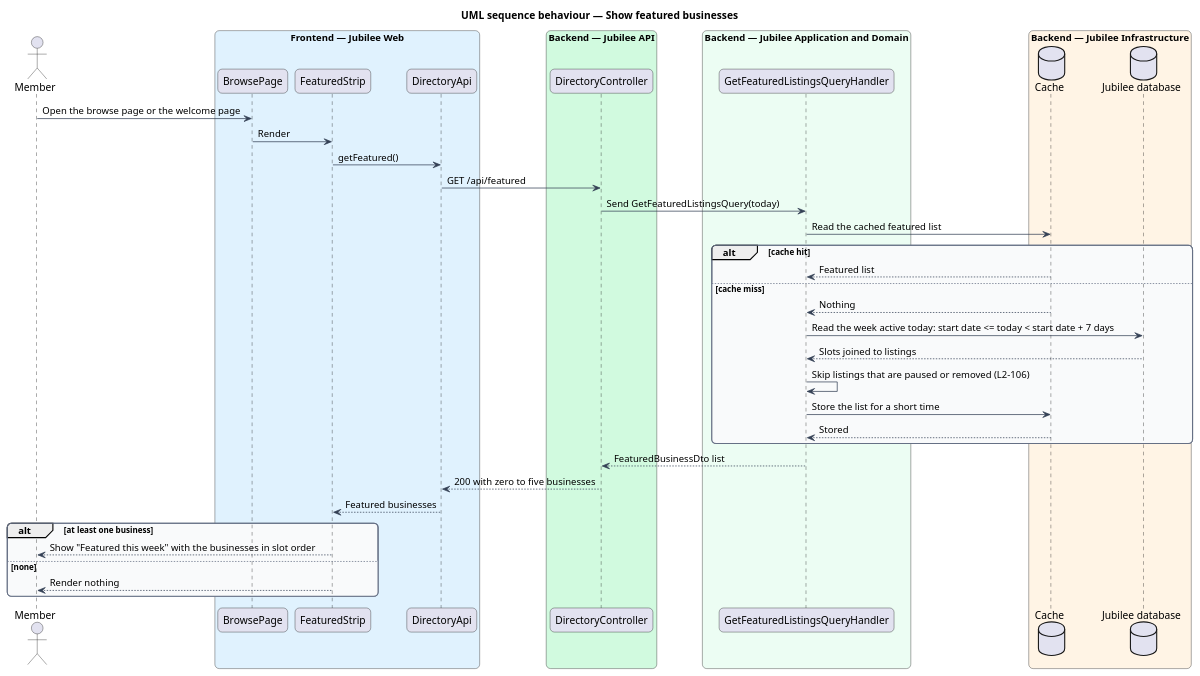
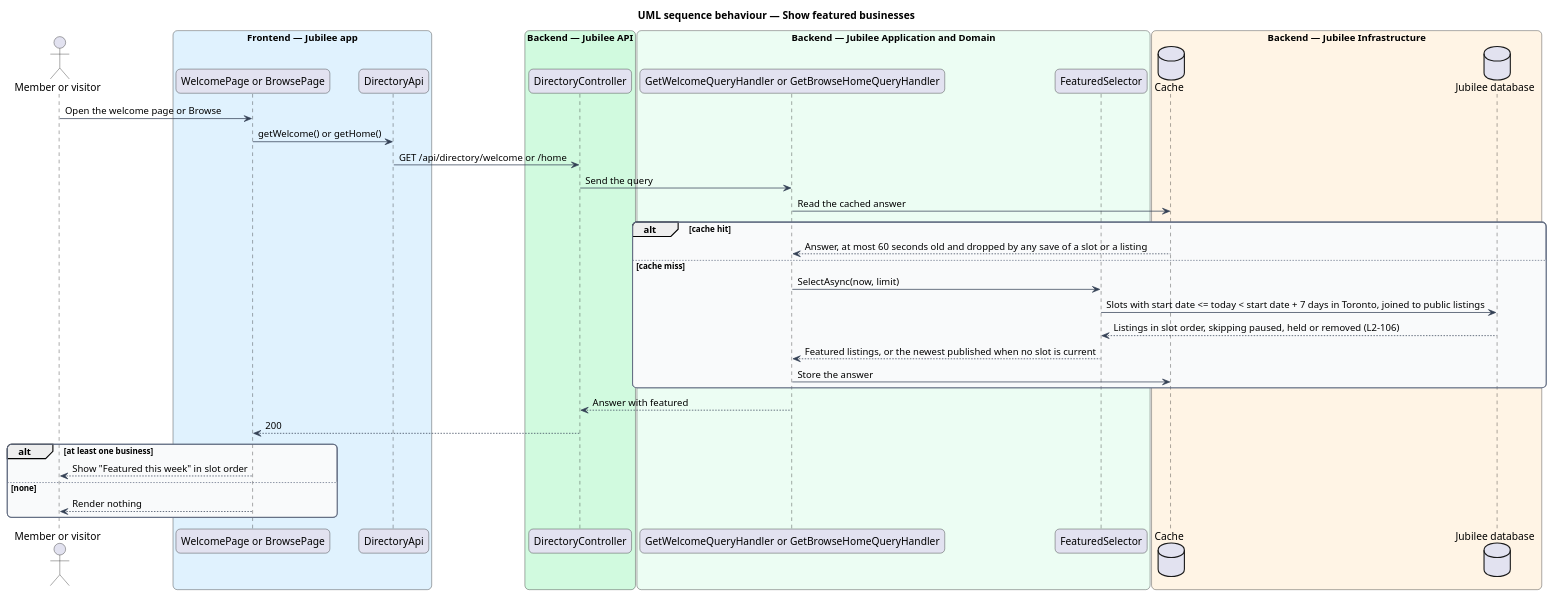
One commit to QuinntyneBrown/jubilee changed the diagram in docs/detailed-designs/moderation/feature-businesses/diagrams/sequence-show-featured.puml. Above: the diagram before and after it, drawn with PlantUML. The commit also changed 27 other files, not shown here.

```diff
--- a/docs/detailed-designs/moderation/feature-businesses/diagrams/sequence-show-featured.puml
+++ b/docs/detailed-designs/moderation/feature-businesses/diagrams/sequence-show-featured.puml
@@ -1,57 +1,54 @@
 @startuml
 title UML sequence behaviour — Show featured businesses
 skinparam backgroundColor #FFFFFF
 skinparam shadowing false
 skinparam roundcorner 12
 skinparam defaultFontName Arial
 skinparam ArrowColor #344054
 skinparam rectangle {
   BorderColor #344054
   FontColor #101828
 }
 skinparam package {
   BorderColor #667085
   FontColor #101828
   BackgroundColor #F9FAFB
 }
-actor "Member" as actor
-box "Frontend — Jubilee Web" #E0F2FE
-  participant "BrowsePage" as page
-  participant "FeaturedStrip" as strip
+actor "Member or visitor" as actor
+box "Frontend — Jubilee app" #E0F2FE
+  participant "WelcomePage or BrowsePage" as page
   participant "DirectoryApi" as client
 end box
 box "Backend — Jubilee API" #D1FADF
   participant "DirectoryController" as controller
 end box
 box "Backend — Jubilee Application and Domain" #ECFDF3
-  participant "GetFeaturedListingsQueryHandler" as handler
+  participant "GetWelcomeQueryHandler or GetBrowseHomeQueryHandler" as handler
+  participant "FeaturedSelector" as sel
 end box
 box "Backend — Jubilee Infrastructure" #FFF4E5
   database "Cache" as cache
   database "Jubilee database" as db
 end box
-actor -> page : Open the browse page or the welcome page
-page -> strip : Render
-strip -> client : getFeatured()
-client -> controller : GET /api/featured
-controller -> handler : Send GetFeaturedListingsQuery(today)
-handler -> cache : Read the cached featured list
+actor -> page : Open the welcome page or Browse
+page -> client : getWelcome() or getHome()
+client -> controller : GET /api/directory/welcome or /home
+controller -> handler : Send the query
+handler -> cache : Read the cached answer
 alt cache hit
-  cache --> handler : Featured list
+  cache --> handler : Answer, at most 60 seconds old and dropped by any save of a slot or a listing
 else cache miss
-  cache --> handler : Nothing
-  handler -> db : Read the week active today: start date <= today < start date + 7 days
-  db --> handler : Slots joined to listings
-  handler -> handler : Skip listings that are paused or removed (L2-106)
-  handler -> cache : Store the list for a short time
-  cache --> handler : Stored
+  handler -> sel : SelectAsync(now, limit)
+  sel -> db : Slots with start date <= today < start date + 7 days in Toronto, joined to public listings
+  db --> sel : Listings in slot order, skipping paused, held or removed (L2-106)
+  sel --> handler : Featured listings, or the newest published when no slot is current
+  handler -> cache : Store the answer
 end
-handler --> controller : FeaturedBusinessDto list
-controller --> client : 200 with zero to five businesses
-client --> strip : Featured businesses
+handler --> controller : Answer with featured
+controller --> page : 200
 alt at least one business
-  strip --> actor : Show "Featured this week" with the businesses in slot order
+  page --> actor : Show "Featured this week" in slot order
 else none
-  strip --> actor : Render nothing
+  page --> actor : Render nothing
 end
 @enduml
```
